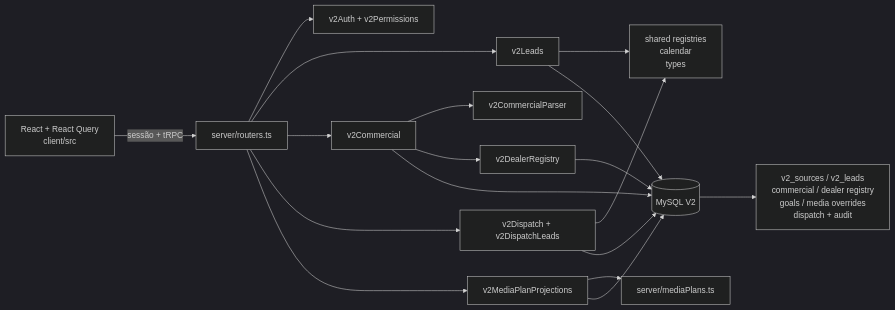
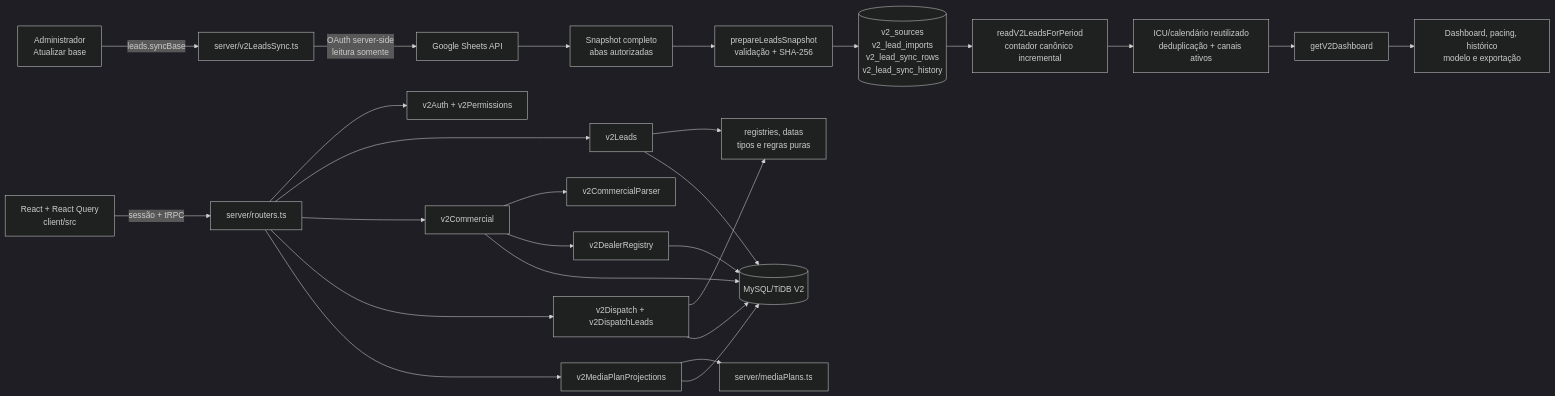
The diagram in docs/ARQUITETURA.md (rodrigocordovabbro/mg-motor-brasil-dashboard), drawn with Mermaid (dark theme) before and after one commit. The commit also changed other lines of this file and 10 other files, not shown here.

First line of the commit message:
docs: atualizar documentação técnica e operacional do dashboard

````diff
--- a/docs/ARQUITETURA.md
+++ b/docs/ARQUITETURA.md
@@ -21,22 +34,30 @@
 ```mermaid
 flowchart LR
   Browser[React + React Query\nclient/src] -->|sessão + tRPC| Router[server/routers.ts]
   Router --> Auth[v2Auth + v2Permissions]
+
+  Admin[Administrador\nAtualizar base] -->|leads.syncBase| Sync[server/v2LeadsSync.ts]
+  Sync -->|OAuth server-side\nleitura somente| Google[Google Sheets API]
+  Google --> Snapshot[Snapshot completo\nabas autorizadas]
+  Snapshot --> Mapper[prepareLeadsSnapshot\nvalidação + SHA-256]
+  Mapper --> Provenance[(v2_sources\nv2_lead_imports\nv2_lead_sync_rows\nv2_lead_sync_history)]
+  Provenance --> Counter[readV2LeadsForPeriod\ncontador canônico incremental]
+  Counter --> Canonical[ICU/calendário reutilizado\ndeduplicação + canais ativos]
+  Canonical --> Dashboard[getV2Dashboard]
+  Dashboard --> UI[Dashboard, pacing, histórico\nmodelo e exportação]
+
   Router --> LeadsSvc[v2Leads]
   Router --> CommSvc[v2Commercial]
   Router --> DispatchSvc[v2Dispatch + v2DispatchLeads]
   Router --> MediaSvc[v2MediaPlanProjections]
-
-  LeadsSvc --> Shared[shared registries\ncalendar\ntypes]
+  LeadsSvc --> Shared[registries, datas\ntipos e regras puras]
   CommSvc --> Parser[v2CommercialParser]
   CommSvc --> DealerSvc[v2DealerRegistry]
   DispatchSvc --> Shared
   MediaSvc --> Approved[server/mediaPlans.ts]
-
-  LeadsSvc --> DB[(MySQL V2)]
+  LeadsSvc --> DB[(MySQL/TiDB V2)]
   CommSvc --> DB
   DealerSvc --> DB
   DispatchSvc --> DB
   MediaSvc --> DB
-  DB --> Tables[v2_sources / v2_leads\ncommercial / dealer registry\ngoals / media overrides\ndispatch + audit]
 ```
````
